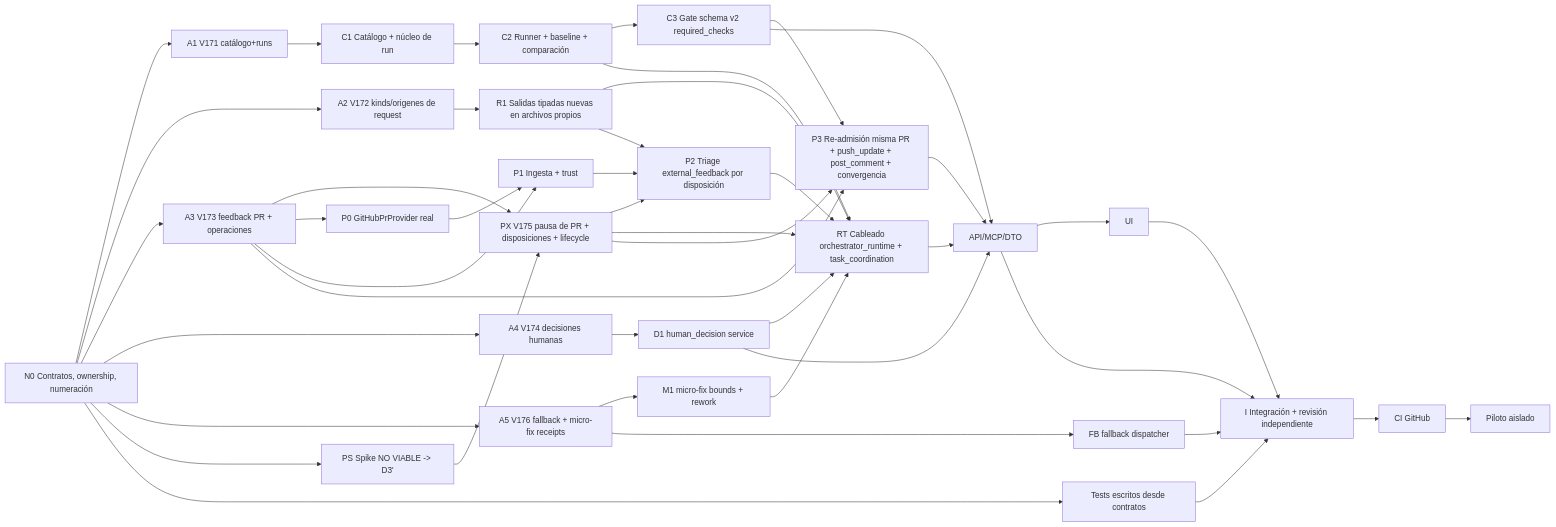
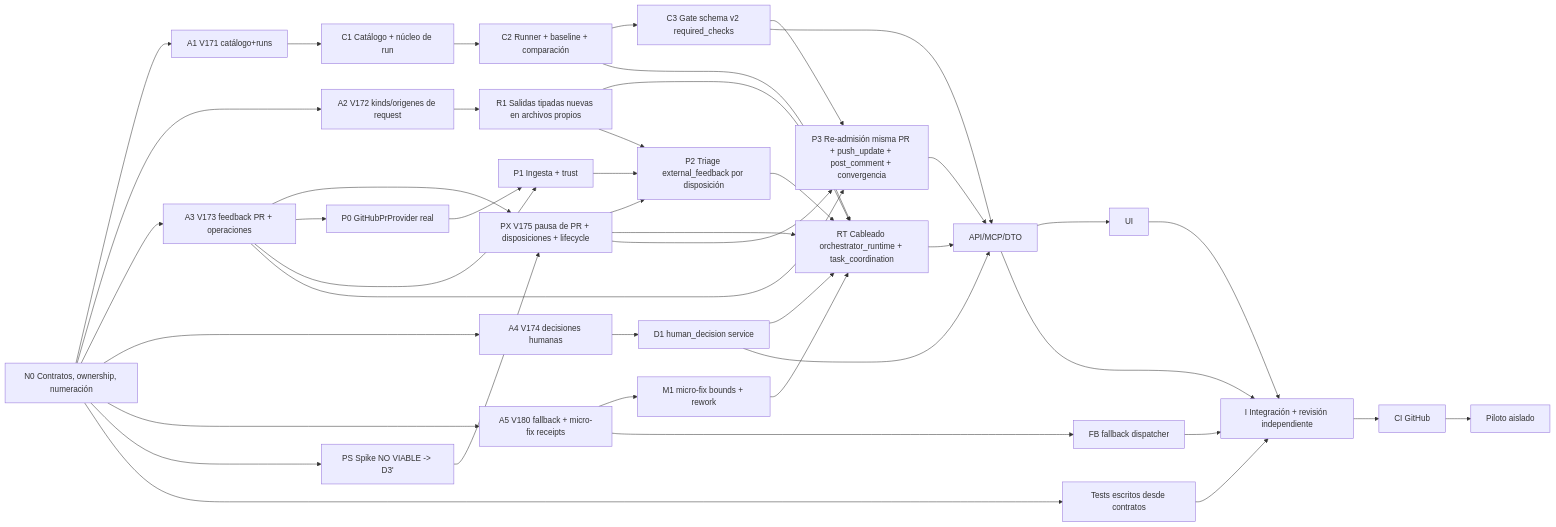
One commit to AlRos14/forge changed the diagram in docs/plans/coordinator-verification-and-pr-loop.md. Above: the diagram before and after it, drawn with Mermaid. The commit also changed other lines of this file and 14 other files, not shown here.

Commit message:
feat(db): V180 fallback and micro-fix receipts and envelope v2 phase-3 fields

````diff
--- a/docs/plans/coordinator-verification-and-pr-loop.md
+++ b/docs/plans/coordinator-verification-and-pr-loop.md
@@ -1536,45 +1537,45 @@
 ```mermaid
 flowchart LR
   N0[N0 Contratos, ownership, numeración] --> A1[A1 V171 catálogo+runs]
   N0 --> A2[A2 V172 kinds/origenes de request]
   N0 --> A3[A3 V173 feedback PR + operaciones]
   N0 --> A4[A4 V174 decisiones humanas]
-  N0 --> A5[A5 V176 fallback + micro-fix receipts]
+  N0 --> A5[A5 V180 fallback + micro-fix receipts]
   A3 --> PX[PX V175 pausa de PR + disposiciones + lifecycle]
   A1 --> C1[C1 Catálogo + núcleo de run]
   C1 --> C2[C2 Runner + baseline + comparación]
   C2 --> C3[C3 Gate schema v2 required_checks]
   A2 --> R1[R1 Salidas tipadas nuevas en archivos propios]
   R1 --> RT[RT Cableado orchestrator_runtime + task_coordination]
   C2 --> RT
   A4 --> D1[D1 human_decision service]
   D1 --> RT
   A5 --> M1[M1 micro-fix bounds + rework]
   M1 --> RT
   A5 --> FB[FB fallback dispatcher]
   A3 --> P0[P0 GitHubPrProvider real]
   P0 --> P1[P1 Ingesta + trust]
   A3 --> P1
   P1 --> P2[P2 Triage external_feedback por disposición]
   PX --> P2
   R1 --> P2
   P2 --> RT
   PX --> RT
   N0 --> PS[PS Spike NO VIABLE -> D3']
   PS --> PX
   PX --> P3[P3 Re-admisión misma PR + push_update + post_comment + convergencia]
   A3 --> P3
   C3 --> P3
   RT --> API[API/MCP/DTO]
   D1 --> API
   P3 --> API
   C3 --> API
   API --> UI[UI]
   N0 --> T[Tests escritos desde contratos]
   API --> I[I Integración + revisión independiente]
   UI --> I
   T --> I
   FB --> I
   I --> CI[CI GitHub]
   CI --> PIL[Piloto aislado]
 ```
````
